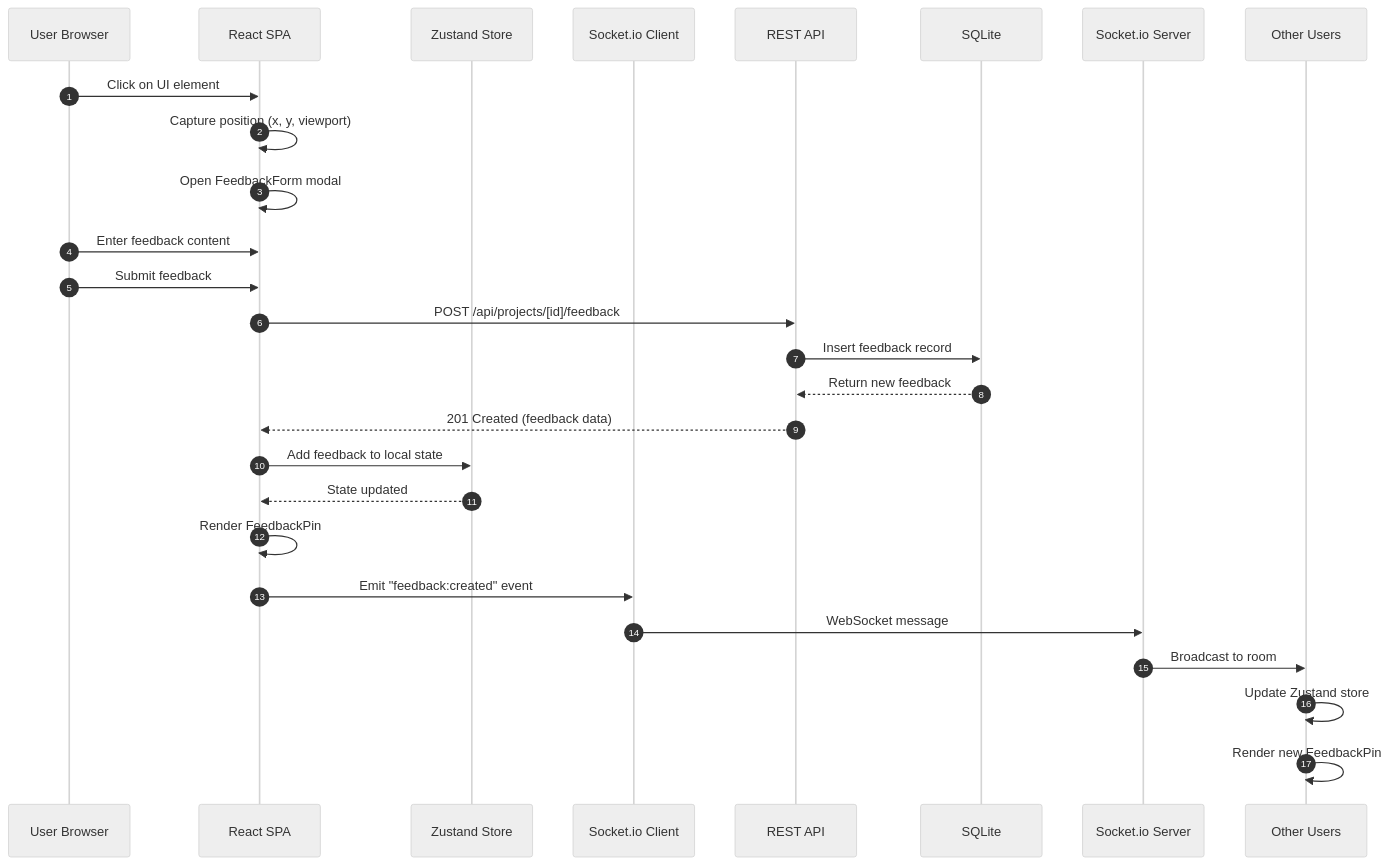
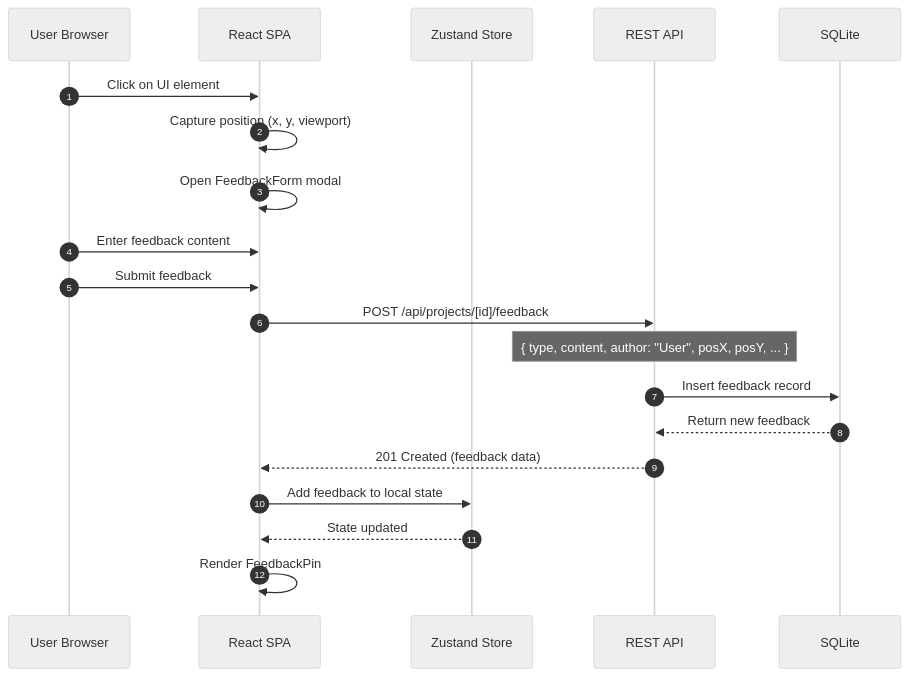
One commit to xKarinSan/SnapFeed changed the fifth of 10 diagrams in docs/DIAGRAMS.md. Above: the diagram before and after it, drawn with Mermaid (neutral theme). The commit also changed other lines of this file and 13 other files, not shown here.

First line of the commit message:
refactor: convert from multi-user to single-user architecture

````diff
--- a/docs/DIAGRAMS.md
+++ b/docs/DIAGRAMS.md
@@ -263,33 +245,25 @@
 ```mermaid
 sequenceDiagram
     autonumber
     participant U as User Browser
     participant SPA as React SPA
     participant Store as Zustand Store
-    participant WS as Socket.io Client
     participant API as REST API
     participant DB as SQLite
-    participant Server as Socket.io Server
-    participant Other as Other Users
 
     U->>SPA: Click on UI element
     SPA->>SPA: Capture position (x, y, viewport)
     SPA->>SPA: Open FeedbackForm modal
     U->>SPA: Enter feedback content
     U->>SPA: Submit feedback
 
     SPA->>API: POST /api/projects/[id]/feedback
+    Note over API: { type, content, author: "User", posX, posY, ... }
     API->>DB: Insert feedback record
     DB-->>API: Return new feedback
     API-->>SPA: 201 Created (feedback data)
 
     SPA->>Store: Add feedback to local state
     Store-->>SPA: State updated
     SPA->>SPA: Render FeedbackPin
-
-    SPA->>WS: Emit "feedback:created" event
-    WS->>Server: WebSocket message
-    Server->>Other: Broadcast to room
-    Other->>Other: Update Zustand store
-    Other->>Other: Render new FeedbackPin
 ```
````
